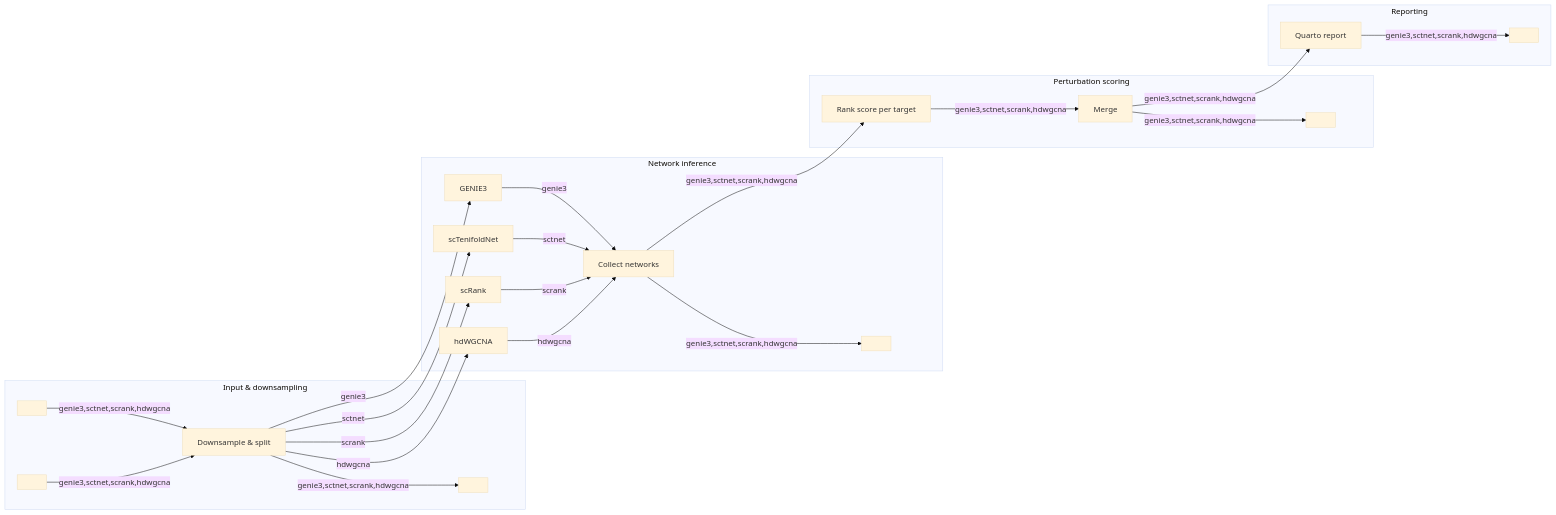
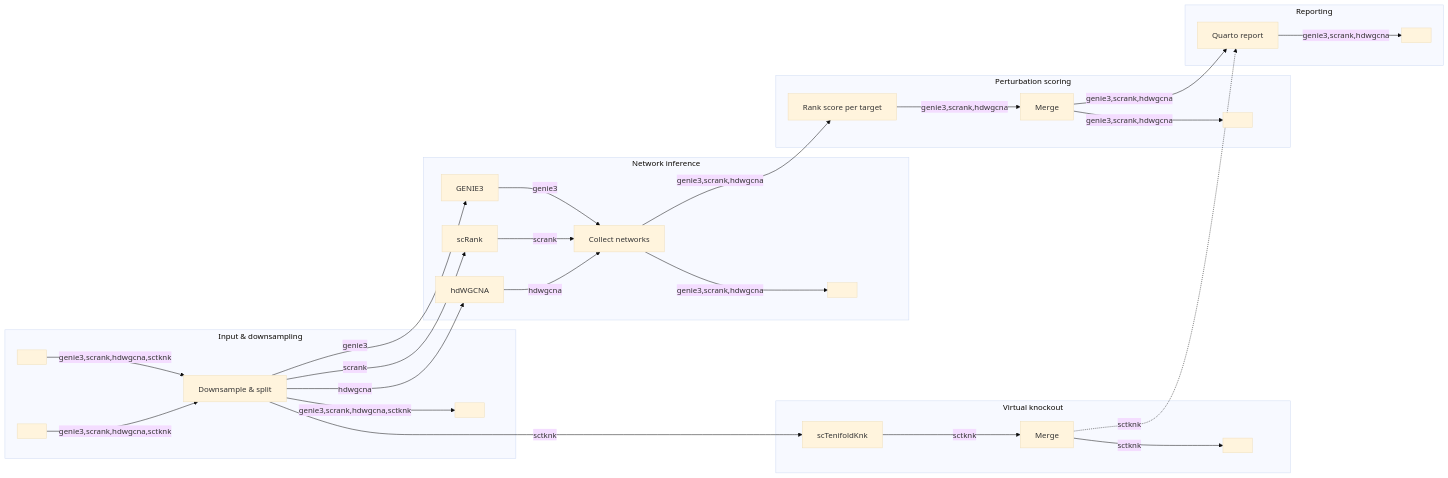
Before and after one commit to MCBLab/NetPerturb: the diagram in docs/netperturb_metro.mmd, drawn with Mermaid (base theme).

Commit message:
docs: redesign the metro diagram for the parallel sctknk track
genie3/scrank/hdwgcna stay mutually exclusive with each other,
converging on the same rank_score/merge/report path as before. sctknk
is drawn as its own line instead: it always runs downsample ->
sctenifoldknk -> merge -> sctknk_txt, with a dashed transfer into
report representing --run_sctknk (a standalone --network sctknk run
never reaches report at all).

docs/images/netperturb_metro.{svg,html} and the poster export are not
regenerated here -- no nf-metro install in this environment to render
them from the updated .mmd.

```diff
--- a/docs/netperturb_metro.mmd
+++ b/docs/netperturb_metro.mmd
@@ -1,93 +1,117 @@
 %%metro title: MCBLab/NetPerturb
 %%metro style: dark
 %%metro legend: bl
 %%metro compact_offsets: true
 
-%% One metro line per --network method. The four are mutually exclusive:
-%% a run rides exactly one line from end to end.
-%%metro line: genie3  | --network genie3  (GENIE3)         | #2db572
-%%metro line: sctnet  | --network sctnet  (scTenifoldNet)  | #0570b0
-%%metro line: scrank  | --network scrank  (scRank)         | #e6550d
-%%metro line: hdwgcna | --network hdwgcna (hdWGCNA)        | #756bb1
+%% genie3/scrank/hdwgcna are mutually exclusive: a run rides exactly one of
+%% them end to end. sctknk is different -- it is its own line, run either
+%% alone (--network sctknk, terminating at sctknk_txt) or alongside one of
+%% the other three (--run_sctknk true, additionally transferring into that
+%% run's report -- the dashed segment below).
+%%metro line: genie3  | --network genie3            (GENIE3)         | #2db572
+%%metro line: scrank  | --network scrank            (scRank)         | #e6550d
+%%metro line: hdwgcna | --network hdwgcna           (hdWGCNA)        | #756bb1
+%%metro line: sctknk  | --network sctknk / --run_sctknk (scTenifoldKnk) | #0570b0
 
 %% Pipeline inputs (--obj, --target) and published outputs
 %%metro file:  obj_in      | RDS  | --obj
 %%metro file:  targets_in  | TXT  | --target
 %%metro files: net_rds     | RDS  | Network weights
 %%metro file:  score_txt   | TXT  | Scores
+%%metro file:  sctknk_txt  | TXT  | DR genes
 %%metro file:  umap_png    | PNG  | UMAP
 %%metro file:  report_html | HTML | Report
 
 %% Lift published outputs off the track so they hang above it as termini
-%%metro off_track: umap_png, net_rds, score_txt
+%%metro off_track: umap_png, net_rds, score_txt, sctknk_txt
 
 %% Station -> Nextflow process, for `nf-metro serve` live overlays
-%%metro process: downsample  | DOWNSAMPLE
-%%metro process: genie3_net  | GENIE3
-%%metro process: sctnet_net  | SCTENIFOLDNET
-%%metro process: scrank_net  | SCRANK
-%%metro process: hdwgcna_net | HDWGCNA
-%%metro process: rank_score  | RANK_SCORE
-%%metro process: merge       | MERGE
-%%metro process: report      | REPORT
+%%metro process: downsample    | DOWNSAMPLE
+%%metro process: genie3_net    | GENIE3
+%%metro process: scrank_net    | SCRANK
+%%metro process: hdwgcna_net   | HDWGCNA
+%%metro process: sctenifoldknk | SCTENIFOLDKNK
+%%metro process: rank_score    | RANK_SCORE
+%%metro process: merge         | MERGE
+%%metro process: merge_sctknk  | MERGE_SCTENIFOLDKNK
+%%metro process: report        | REPORT
 
 graph LR
     subgraph input [Input & downsampling]
-        %%metro exit: right | genie3, sctnet, scrank, hdwgcna
+        %%metro exit: right | genie3, scrank, hdwgcna, sctknk
         obj_in[ ]
         targets_in[ ]
         downsample[Downsample & split]
         umap_png[ ]
 
-        obj_in -->|genie3,sctnet,scrank,hdwgcna| downsample
-        targets_in -->|genie3,sctnet,scrank,hdwgcna| downsample
-        downsample -->|genie3,sctnet,scrank,hdwgcna| umap_png
+        obj_in -->|genie3,scrank,hdwgcna,sctknk| downsample
+        targets_in -->|genie3,scrank,hdwgcna,sctknk| downsample
+        downsample -->|genie3,scrank,hdwgcna,sctknk| umap_png
     end
 
     subgraph inference [Network inference]
-        %%metro entry: left | genie3, sctnet, scrank, hdwgcna
-        %%metro exit: right | genie3, sctnet, scrank, hdwgcna
+        %%metro entry: left | genie3, scrank, hdwgcna
+        %%metro exit: right | genie3, scrank, hdwgcna
         genie3_net[GENIE3]
-        sctnet_net[scTenifoldNet]
         scrank_net[scRank]
         hdwgcna_net[hdWGCNA]
         collect_nets[Collect networks]
         net_rds[ ]
 
         genie3_net -->|genie3| collect_nets
-        sctnet_net -->|sctnet| collect_nets
         scrank_net -->|scrank| collect_nets
         hdwgcna_net -->|hdwgcna| collect_nets
-        collect_nets -->|genie3,sctnet,scrank,hdwgcna| net_rds
+        collect_nets -->|genie3,scrank,hdwgcna| net_rds
+    end
+
+    subgraph knockout [Virtual knockout]
+        %%metro entry: left | sctknk
+        %%metro exit: right | sctknk
+        %% Target-specific by construction, so this runs once per cell
+        %% identity x target pair rather than once per identity.
+        sctenifoldknk[scTenifoldKnk]
+        merge_sctknk[Merge]
+        sctknk_txt[ ]
+
+        sctenifoldknk -->|sctknk| merge_sctknk
+        merge_sctknk -->|sctknk| sctknk_txt
     end
 
     subgraph scoring [Perturbation scoring]
-        %%metro entry: left | genie3, sctnet, scrank, hdwgcna
-        %%metro exit: right | genie3, sctnet, scrank, hdwgcna
+        %%metro entry: left | genie3, scrank, hdwgcna
+        %%metro exit: right | genie3, scrank, hdwgcna
         rank_score[Rank score per target]
         merge[Merge]
         score_txt[ ]
 
-        rank_score -->|genie3,sctnet,scrank,hdwgcna| merge
-        merge -->|genie3,sctnet,scrank,hdwgcna| score_txt
+        rank_score -->|genie3,scrank,hdwgcna| merge
+        merge -->|genie3,scrank,hdwgcna| score_txt
     end
 
     subgraph reporting [Reporting]
-        %%metro entry: left | genie3, sctnet, scrank, hdwgcna
+        %%metro entry: left | genie3, scrank, hdwgcna
         report[Quarto report]
         report_html[ ]
 
-        report -->|genie3,sctnet,scrank,hdwgcna| report_html
+        report -->|genie3,scrank,hdwgcna| report_html
     end
 
-    %% The per-identity objects fan out into whichever method was selected.
+    %% The per-identity objects fan out into whichever method was selected;
+    %% sctknk additionally fans out over every target, not shown as a
+    %% separate line here since the map tracks pipeline stages, not targets.
     downsample -->|genie3| genie3_net
-    downsample -->|sctnet| sctnet_net
     downsample -->|scrank| scrank_net
     downsample -->|hdwgcna| hdwgcna_net
+    downsample -->|sctknk| sctenifoldknk
 
     %% All per-identity networks are collected and scored against every target.
-    collect_nets -->|genie3,sctnet,scrank,hdwgcna| rank_score
+    collect_nets -->|genie3,scrank,hdwgcna| rank_score
 
     %% The merged score table is rendered into the HTML report.
-    merge -->|genie3,sctnet,scrank,hdwgcna| report
+    merge -->|genie3,scrank,hdwgcna| report
+
+    %% --run_sctknk transfers the DR gene table into that same report as an
+    %% extra section; dashed because this leg only runs when that flag is
+    %% set, not on every sctknk run (a standalone --network sctknk run stops
+    %% at sctknk_txt above and never reaches report).
+    merge_sctknk -.->|sctknk| report
```
